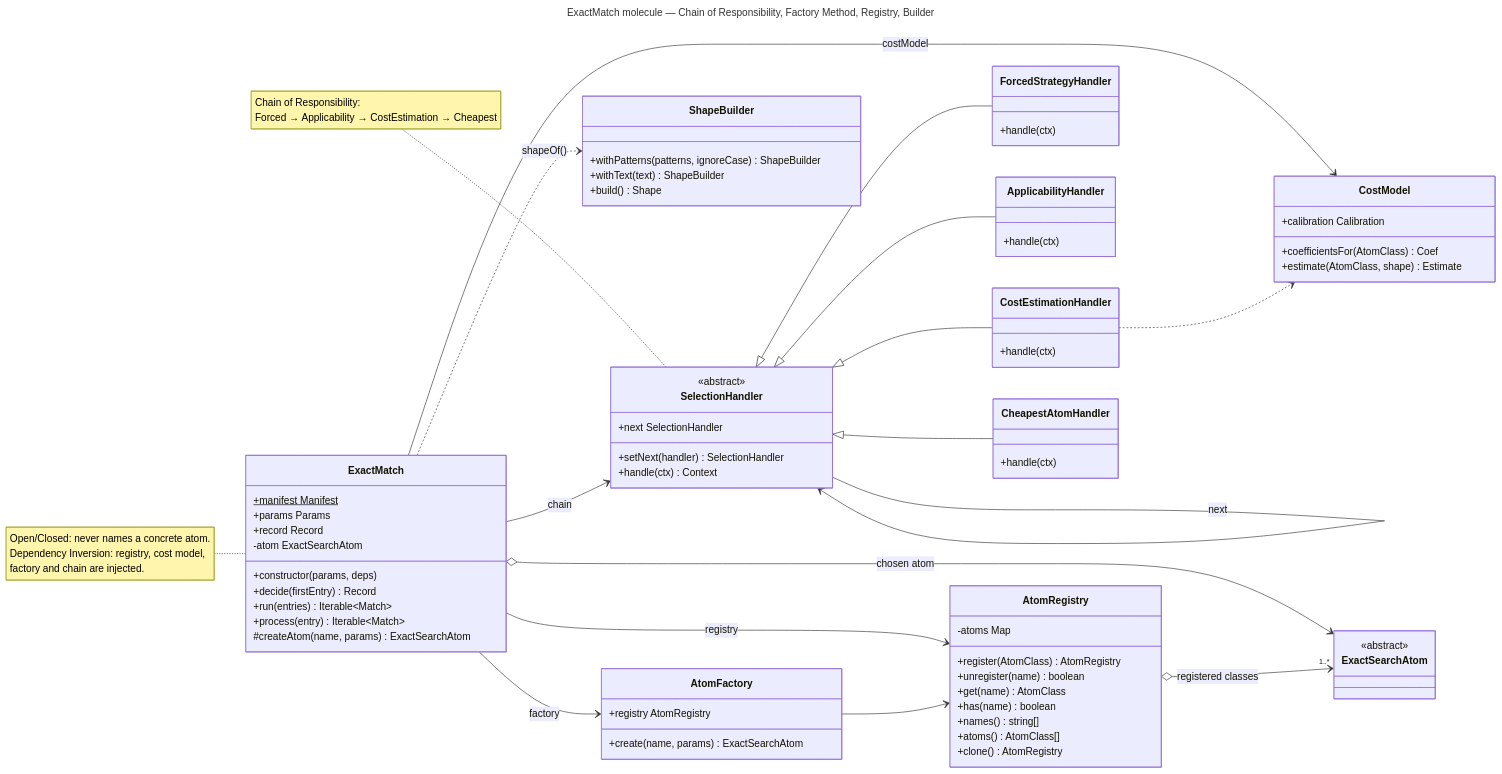
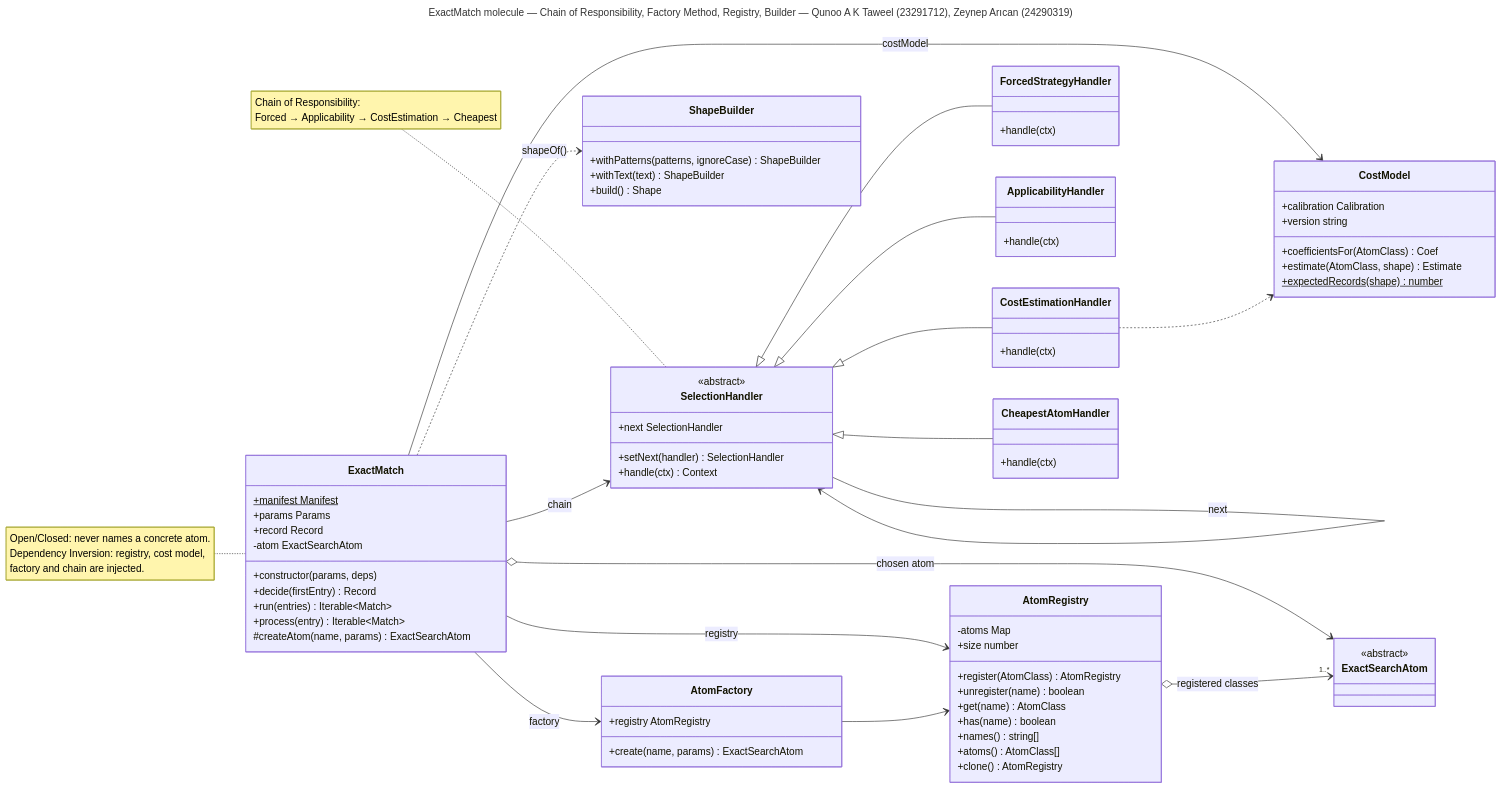
One commit to Qanoo-Taweel/ios-adaptive-exact-match changed the diagram in docs/uml/03-molecule.mmd. Above: the diagram before and after it, drawn with Mermaid. The commit also changed 29 other files, not shown here.

First line of the commit message:
Report and UML: both authors with student numbers, layout fixes, print-ready UML PDF

```diff
--- a/docs/uml/03-molecule.mmd
+++ b/docs/uml/03-molecule.mmd
@@ -1,67 +1,70 @@
 ---
-title: ExactMatch molecule — Chain of Responsibility, Factory Method, Registry, Builder
+title: ExactMatch molecule — Chain of Responsibility, Factory Method, Registry, Builder — Qunoo A K Taweel (23291712), Zeynep Arıcan (24290319)
 ---
 classDiagram
   direction LR
   class ExactMatch {
     +manifest Manifest$
     +params Params
     +record Record
     -atom ExactSearchAtom
     +constructor(params, deps)
     +decide(firstEntry) Record
     +run(entries) Iterable~Match~
     +process(entry) Iterable~Match~
     #createAtom(name, params) ExactSearchAtom
   }
   class AtomRegistry {
     -atoms Map
     +register(AtomClass) AtomRegistry
     +unregister(name) boolean
     +get(name) AtomClass
     +has(name) boolean
     +names() string[]
     +atoms() AtomClass[]
     +clone() AtomRegistry
+    +size number
   }
   class AtomFactory {
     +registry AtomRegistry
     +create(name, params) ExactSearchAtom
   }
   class CostModel {
     +calibration Calibration
     +coefficientsFor(AtomClass) Coef
     +estimate(AtomClass, shape) Estimate
+    +version string
+    +expectedRecords(shape)$ number
   }
   class ShapeBuilder {
     +withPatterns(patterns, ignoreCase) ShapeBuilder
     +withText(text) ShapeBuilder
     +build() Shape
   }
   class SelectionHandler {
     <<abstract>>
     +next SelectionHandler
     +setNext(handler) SelectionHandler
     +handle(ctx) Context
   }
   class ForcedStrategyHandler { +handle(ctx) }
   class ApplicabilityHandler { +handle(ctx) }
   class CostEstimationHandler { +handle(ctx) }
   class CheapestAtomHandler { +handle(ctx) }
   class ExactSearchAtom { <<abstract>> }
   SelectionHandler <|-- ForcedStrategyHandler
   SelectionHandler <|-- ApplicabilityHandler
   SelectionHandler <|-- CostEstimationHandler
   SelectionHandler <|-- CheapestAtomHandler
   SelectionHandler --> SelectionHandler : next
   ExactMatch --> SelectionHandler : chain
   ExactMatch --> AtomRegistry : registry
   ExactMatch --> CostModel : costModel
   ExactMatch --> AtomFactory : factory
   ExactMatch ..> ShapeBuilder : shapeOf()
   ExactMatch o--> ExactSearchAtom : chosen atom
   AtomFactory --> AtomRegistry
   AtomRegistry o--> "1..*" ExactSearchAtom : registered classes
   CostEstimationHandler ..> CostModel
   note for ExactMatch "Open/Closed: never names a concrete atom.<br>Dependency Inversion: registry, cost model,<br>factory and chain are injected."
   note for SelectionHandler "Chain of Responsibility:<br>Forced → Applicability → CostEstimation → Cheapest"
```
